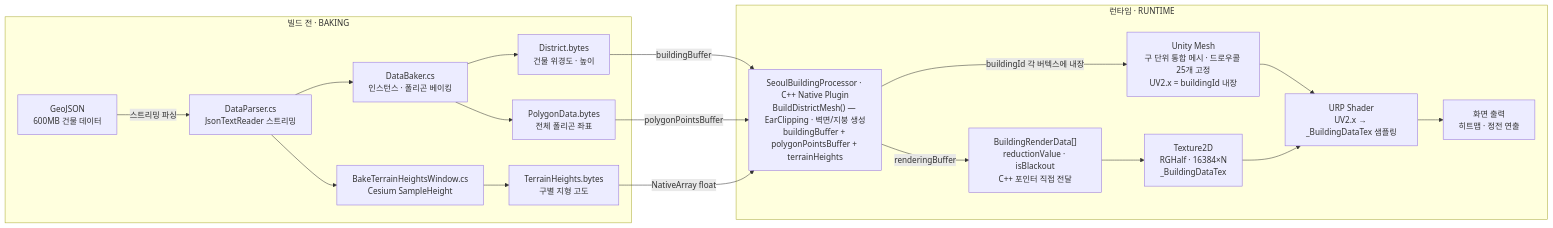
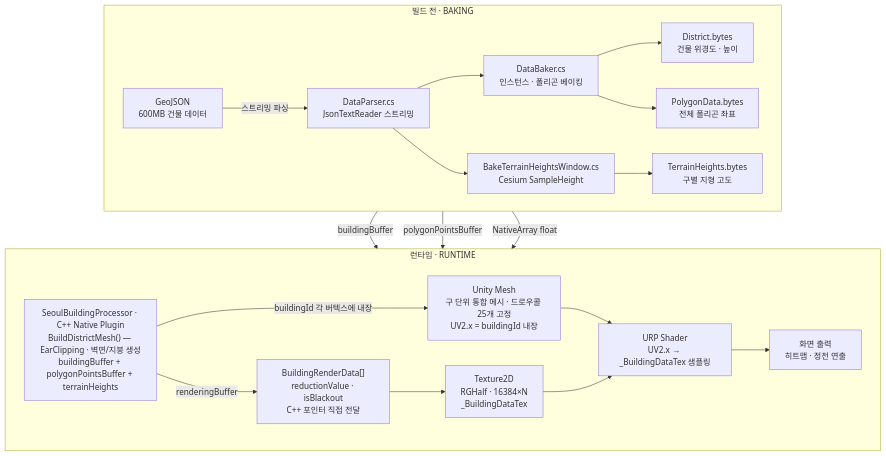
Before and after one commit to byby3534/SmartCity: the diagram in README.md, drawn with Mermaid.

Commit message:
Revise rendering pipeline flowchart in README
Updated rendering pipeline diagram in README.md to reflect changes in the flowchart structure.

````diff
--- a/README.md
+++ b/README.md
@@ -97,39 +97,41 @@
 ```mermaid
-flowchart LR
+flowchart TD
     subgraph BAKING["빌드 전 · BAKING"]
+        direction LR
         GeoJSON["GeoJSON\n600MB 건물 데이터"]
         Parser["DataParser.cs\nJsonTextReader 스트리밍"]
         Baker["DataBaker.cs\n인스턴스 · 폴리곤 베이킹"]
         TerrainBaker["BakeTerrainHeightsWindow.cs\nCesium SampleHeight"]
         DistrictBytes["District.bytes\n건물 위경도 · 높이"]
         PolygonBytes["PolygonData.bytes\n전체 폴리곤 좌표"]
         TerrainBytes["TerrainHeights.bytes\n구별 지형 고도"]
 
         GeoJSON -->|스트리밍 파싱| Parser
         Parser --> Baker
         Parser --> TerrainBaker
         Baker --> DistrictBytes
         Baker --> PolygonBytes
         TerrainBaker --> TerrainBytes
     end
 
     subgraph RUNTIME["런타임 · RUNTIME"]
+        direction LR
         CPP["SeoulBuildingProcessor · C++ Native Plugin\nBuildDistrictMesh() — EarClipping · 벽면/지붕 생성\nbuildingBuffer + polygonPointsBuffer + terrainHeights"]
         Mesh["Unity Mesh\n구 단위 통합 메시 · 드로우콜 25개 고정\nUV2.x = buildingId 내장"]
         RenderBuf["BuildingRenderData[]\nreductionValue · isBlackout\nC++ 포인터 직접 전달"]
         Tex["Texture2D\nRGHalf · 16384×N\n_BuildingDataTex"]
         Shader["URP Shader\nUV2.x → _BuildingDataTex 샘플링"]
         Output["화면 출력\n히트맵 · 정전 연출"]
 
         CPP -->|buildingId 각 버텍스에 내장| Mesh
         CPP -->|renderingBuffer| RenderBuf
         RenderBuf --> Tex
         Mesh --> Shader
         Tex --> Shader
         Shader --> Output
     end
 
     DistrictBytes -->|buildingBuffer| CPP
     PolygonBytes -->|polygonPointsBuffer| CPP
     TerrainBytes -->|NativeArray float| CPP
 ```
````
